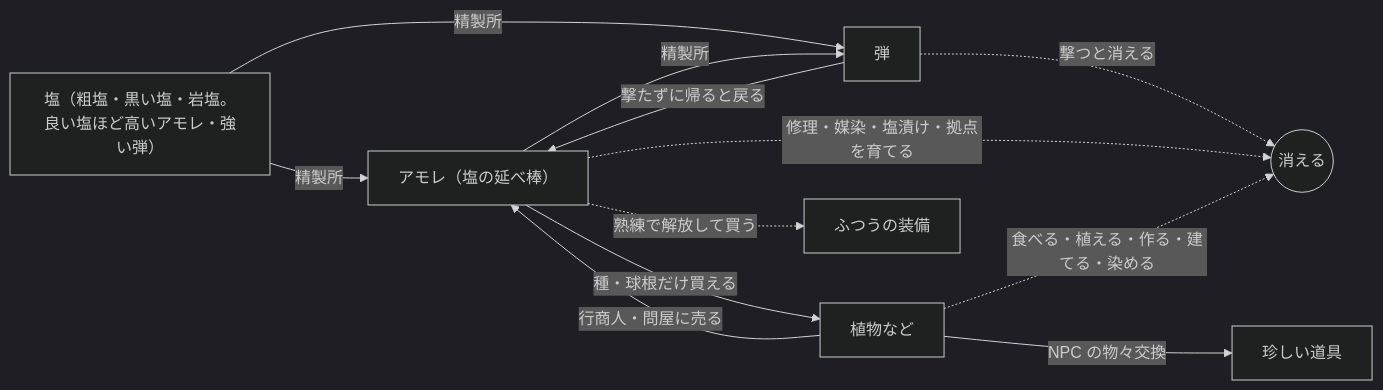
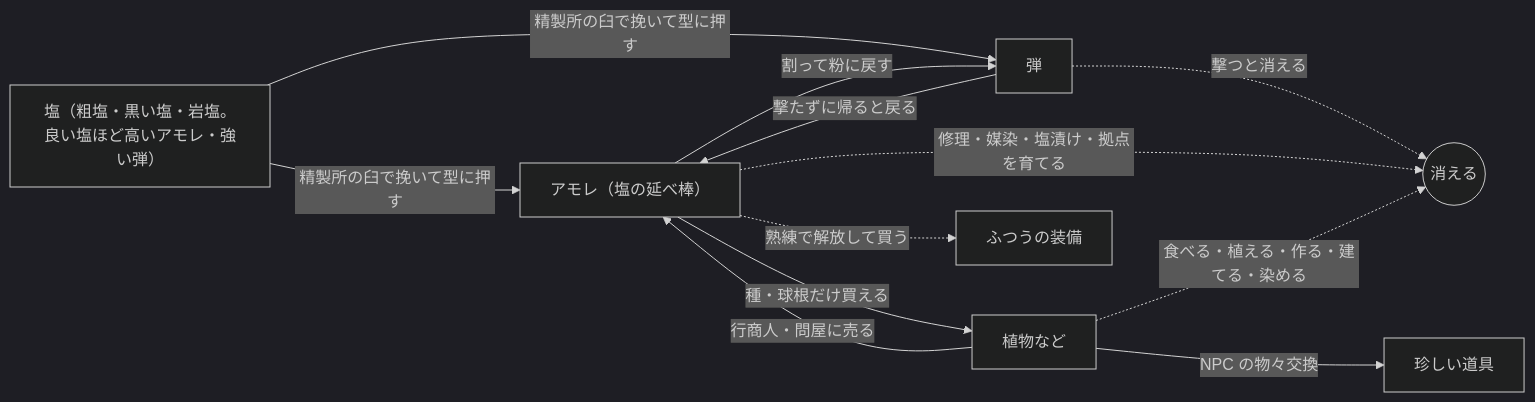
Before and after one commit to Waku68/slug_extraction: the diagram in docs/spec.md, drawn with Mermaid (dark theme). The commit also changed other lines of this file and 3356 other files, not shown here.

````diff
--- a/docs/spec.md
+++ b/docs/spec.md
@@ -450,14 +546,14 @@
 ```mermaid
 flowchart LR
-    S["塩（粗塩・黒い塩・岩塩。良い塩ほど高いアモレ・強い弾）"] -- 精製所 --> A["アモレ（塩の延べ棒）"]
-    S -- 精製所 --> B["弾"]
-    A -- 精製所 --> B
+    S["塩（粗塩・黒い塩・岩塩。良い塩ほど高いアモレ・強い弾）"] -- 精製所の臼で挽いて型に押す --> A["アモレ（塩の延べ棒）"]
+    S -- 精製所の臼で挽いて型に押す --> B["弾"]
+    A -- 割って粉に戻す --> B
     B -- 撃たずに帰ると戻る --> A
     P["植物など"] -- 行商人・問屋に売る --> A
     A -- 種・球根だけ買える --> P
     P -- NPC の物々交換 --> T["珍しい道具"]
     A -. 熟練で解放して買う .-> G["ふつうの装備"]
     B -. 撃つと消える .-> X(("消える"))
     A -. 修理・媒染・塩漬け・拠点を育てる .-> X
     P -. 食べる・植える・作る・建てる・染める .-> X
 ```
````
